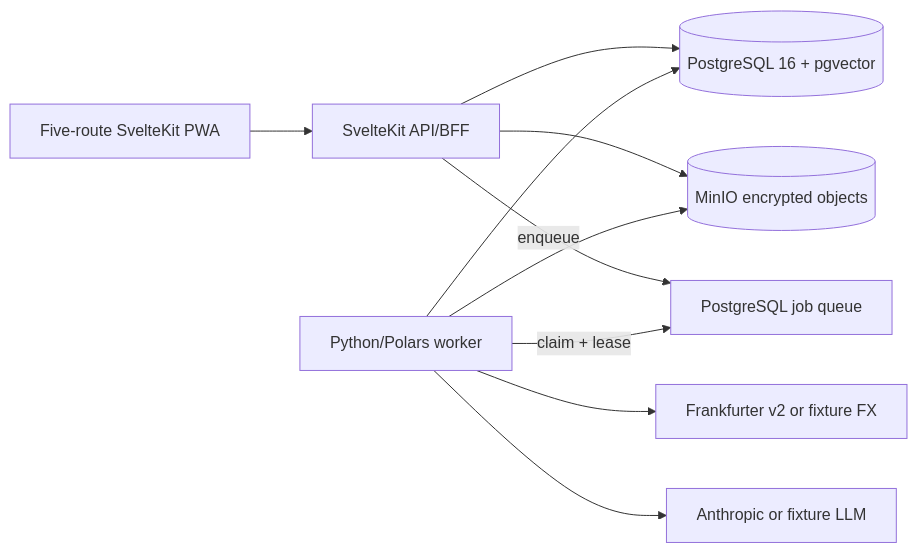
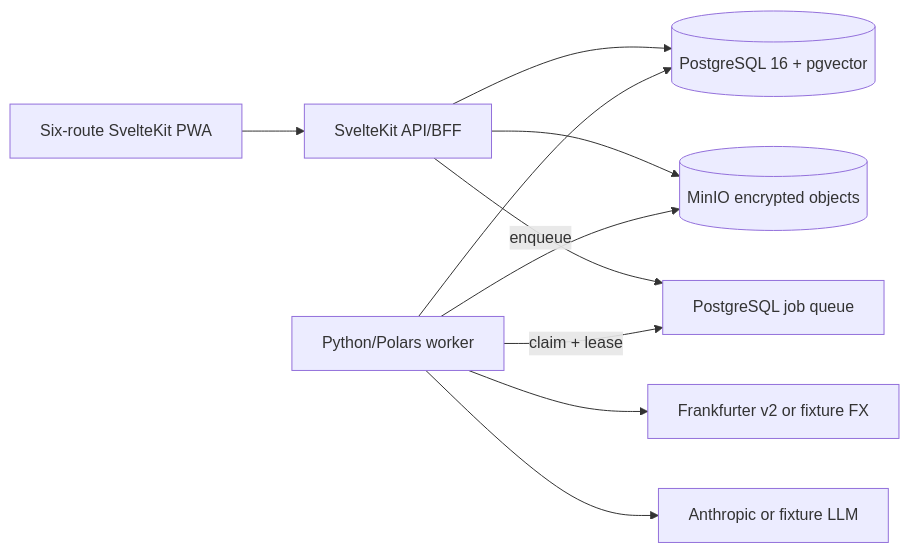
The diagram in docs/CODEBASE_HANDOFF.md (Shady-C/ledger), drawn with Mermaid before and after one commit. The commit also changed other lines of this file and 12 other files, not shown here.

````diff
--- a/docs/CODEBASE_HANDOFF.md
+++ b/docs/CODEBASE_HANDOFF.md
@@ -34,12 +40,12 @@
 ```mermaid
 flowchart LR
-    Browser["Five-route SvelteKit PWA"] --> Web["SvelteKit API/BFF"]
+    Browser["Six-route SvelteKit PWA"] --> Web["SvelteKit API/BFF"]
     Web --> PG[("PostgreSQL 16 + pgvector")]
     Web --> MinIO[("MinIO encrypted objects")]
     Web -->|"enqueue"| Jobs["PostgreSQL job queue"]
     Worker["Python/Polars worker"] -->|"claim + lease"| Jobs
     Worker --> MinIO
     Worker --> PG
     Worker --> FX["Frankfurter v2 or fixture FX"]
     Worker --> AI["Anthropic or fixture LLM"]
 ```
````
